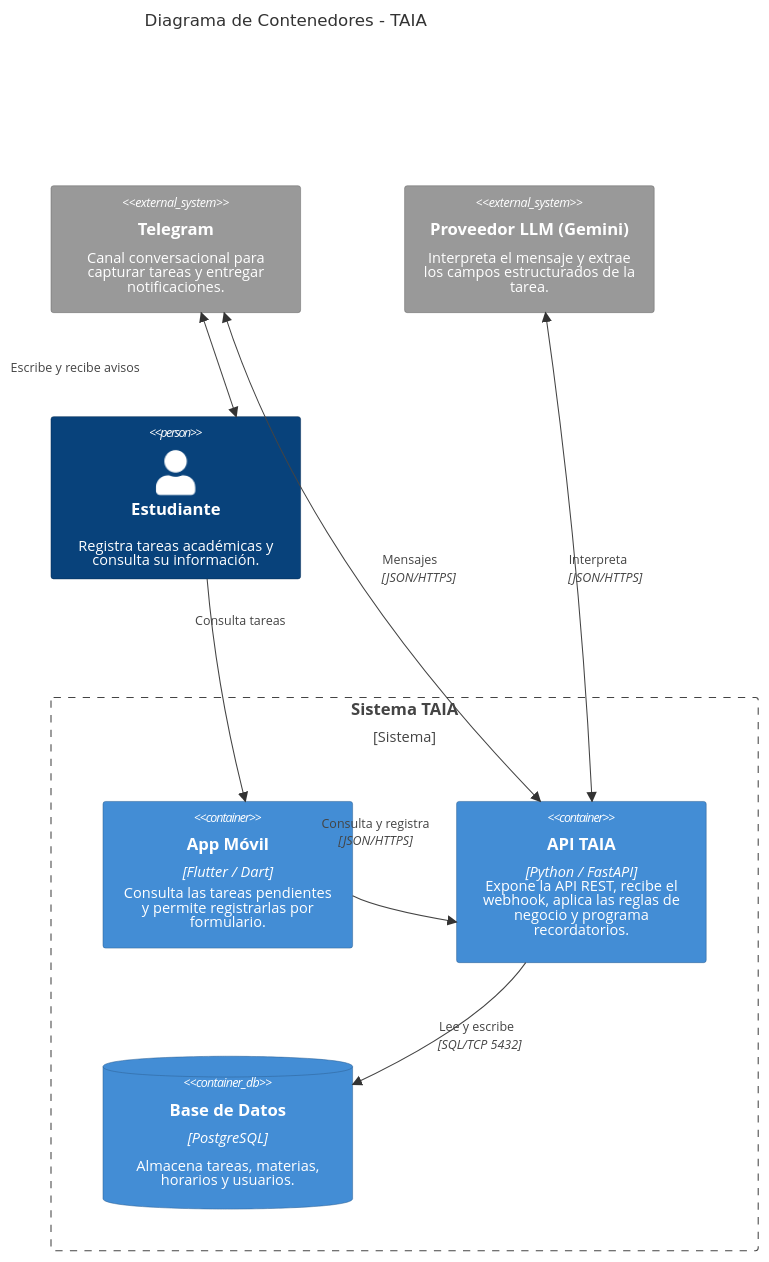
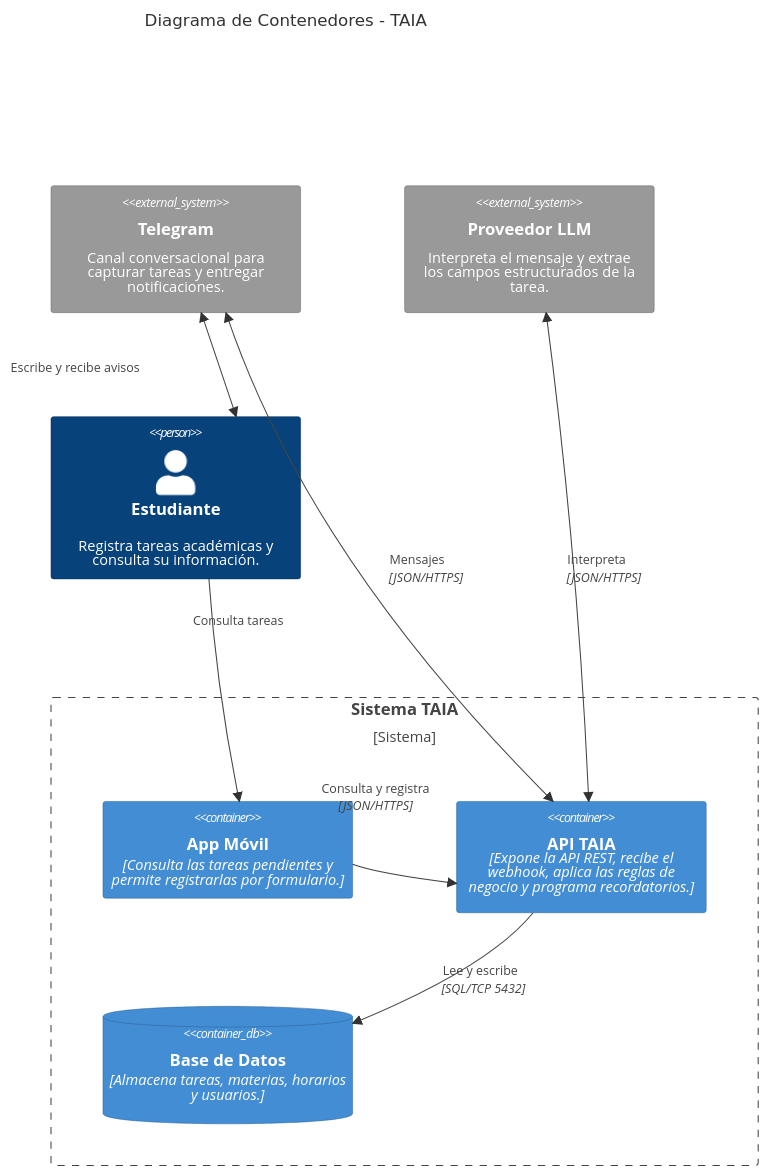
Before and after one commit to ISCOUTB/AS_202620_TAIA_-Task-Artificial-Intelligence-Assistant: the diagram in docs/c4/C4-C2.md, drawn with Mermaid. The commit also changed 2 other files, not shown here.

Commit message:
docs: change prueba  (readme) add ia entry (ia.md) change c2 text

````diff
--- a/docs/c4/C4-C2.md
+++ b/docs/c4/C4-C2.md
@@ -4,40 +4,40 @@
 ```mermaid
 ---
 config:
   wrap: true
   c4:
     width: 240
 ---
 C4Container
     title Diagrama de Contenedores - TAIA
 
     System_Ext(telegram, "Telegram", "Canal conversacional para capturar tareas y entregar notificaciones.")
-    System_Ext(gemini, "Proveedor LLM (Gemini)", "Interpreta el mensaje y extrae los campos estructurados de la tarea.")
+    System_Ext(gemini, "Proveedor LLM ", "Interpreta el mensaje y extrae los campos estructurados de la tarea.")
     Person(estudiante, "Estudiante", "Registra tareas académicas y consulta su información.")
 
     Boundary(taia, "Sistema TAIA", "Sistema") {
-        Container(appmovil, "App Móvil", "Flutter / Dart", "Consulta las tareas pendientes y permite registrarlas por formulario.")
-        Container(api, "API TAIA", "Python / FastAPI", "Expone la API REST, recibe el webhook, aplica las reglas de negocio y programa recordatorios.")
-        ContainerDb(db, "Base de Datos", "PostgreSQL", "Almacena tareas, materias, horarios y usuarios.")
+        Container(appmovil, "App Móvil", "Consulta las tareas pendientes y permite registrarlas por formulario.")
+        Container(api, "API TAIA", "Expone la API REST, recibe el webhook, aplica las reglas de negocio y programa recordatorios.")
+        ContainerDb(db, "Base de Datos", "Almacena tareas, materias, horarios y usuarios.")
     }
 
     BiRel(estudiante, telegram, "Escribe y recibe avisos")
     Rel(estudiante, appmovil, "Consulta tareas")
     BiRel(telegram, api, "Mensajes", "JSON/HTTPS")
     BiRel(api, gemini, "Interpreta", "JSON/HTTPS")
     Rel(appmovil, api, "Consulta y registra", "JSON/HTTPS")
     Rel(api, db, "Lee y escribe", "SQL/TCP 5432")
 
     UpdateElementStyle(estudiante, $bgColor="#08427b", $fontColor="#ffffff", $borderColor="#052e56")
     UpdateElementStyle(appmovil, $bgColor="#438dd5", $fontColor="#ffffff", $borderColor="#2e6295")
     UpdateElementStyle(api, $bgColor="#438dd5", $fontColor="#ffffff", $borderColor="#2e6295")
     UpdateElementStyle(db, $bgColor="#438dd5", $fontColor="#ffffff", $borderColor="#2e6295")
     UpdateElementStyle(telegram, $bgColor="#999999", $fontColor="#ffffff", $borderColor="#6b6b6b")
     UpdateElementStyle(gemini, $bgColor="#999999", $fontColor="#ffffff", $borderColor="#6b6b6b")
 
     UpdateRelStyle(estudiante, telegram, $offsetX="-200", $offsetY="0")
     UpdateRelStyle(estudiante, appmovil, $offsetX="-30", $offsetY="-70")
     UpdateRelStyle(appmovil, api, $offsetX="-80", $offsetY="-85")
 
     UpdateLayoutConfig($c4ShapeInRow="2", $c4BoundaryInRow="1")
 ```
````
